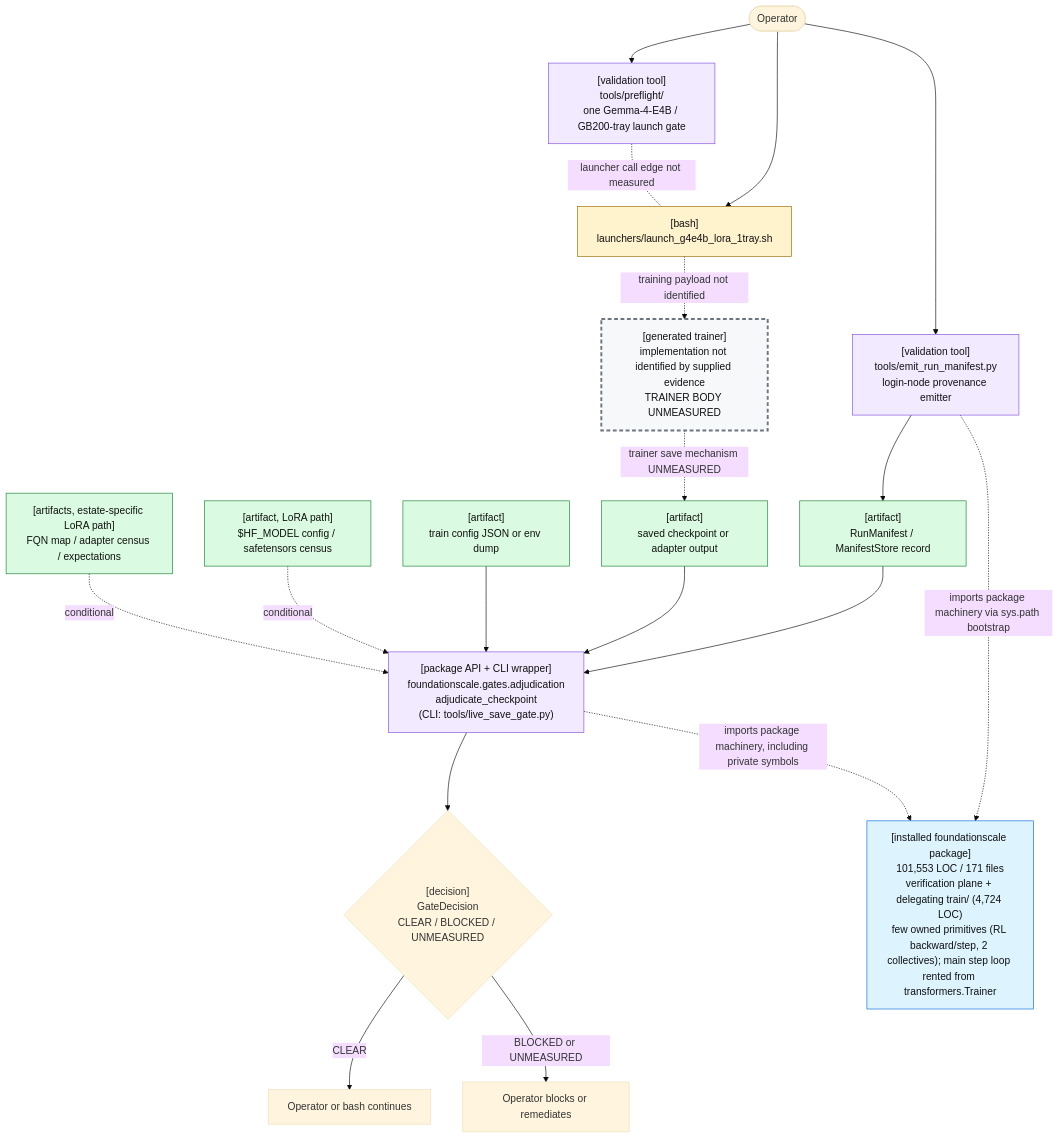
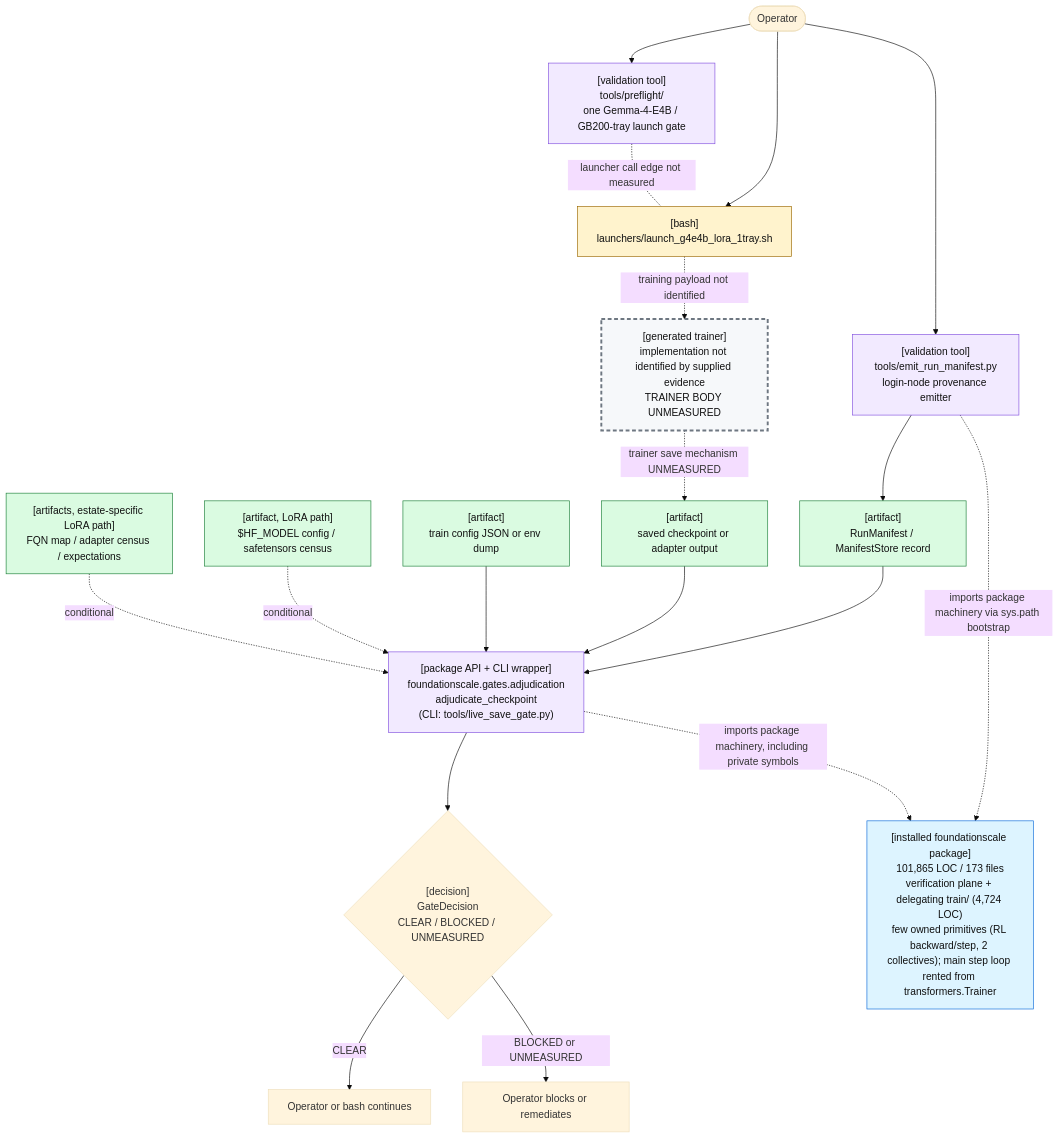
One commit to TranNhiem/FoundationScale changed the first of 2 diagrams in docs/review/D2_current_architecture.md. Above: the diagram before and after it, drawn with Mermaid (base theme). The commit also changed other lines of this file and 10 other files, not shown here.

````diff
--- a/docs/review/D2_current_architecture.md
+++ b/docs/review/D2_current_architecture.md
@@ -25,59 +25,59 @@
 ```mermaid
 flowchart TB
   O(["Operator"])
 
   PF["[validation tool]<br/>tools/preflight/<br/>one Gemma-4-E4B / GB200-tray launch gate"]
   L["[bash]<br/>launchers/launch_g4e4b_lora_1tray.sh"]
 
   E["[validation tool]<br/>tools/emit_run_manifest.py<br/>login-node provenance emitter"]
   M["[artifact]<br/>RunManifest / ManifestStore record"]
 
   T["[generated trainer]<br/>implementation not identified by supplied evidence<br/>TRAINER BODY UNMEASURED"]
   C["[artifact]<br/>saved checkpoint or adapter output"]
 
   G["[package API + CLI wrapper]<br/>foundationscale.gates.adjudication<br/>adjudicate_checkpoint<br/>(CLI: tools/live_save_gate.py)"]
   CFG["[artifact]<br/>train config JSON or env dump"]
   BASE["[artifact, LoRA path]<br/>$HF_MODEL config / safetensors census"]
   CEN["[artifacts, estate-specific LoRA path]<br/>FQN map / adapter census / expectations"]
 
   D{"[decision]<br/>GateDecision<br/>CLEAR / BLOCKED / UNMEASURED"}
   OK["Operator or bash continues"]
   NO["Operator blocks or remediates"]
 
-  PKG["[installed foundationscale package]<br/>101,553 LOC / 171 files<br/>verification plane + delegating train/ (4,724 LOC)<br/>few owned primitives (RL backward/step, 2 collectives); main step loop rented from transformers.Trainer"]
+  PKG["[installed foundationscale package]<br/>101,865 LOC / 173 files<br/>verification plane + delegating train/ (4,724 LOC)<br/>few owned primitives (RL backward/step, 2 collectives); main step loop rented from transformers.Trainer"]
 
   O --> PF
   O --> L
   PF -. "launcher call edge not measured" .- L
 
   O --> E
   E --> M
 
   L -. "training payload not identified" .-> T
   T -. "trainer save mechanism UNMEASURED" .-> C
 
   M --> G
   C --> G
   CFG --> G
   BASE -. "conditional" .-> G
   CEN -. "conditional" .-> G
 
   E -. "imports package machinery via sys.path bootstrap" .-> PKG
   G -. "imports package machinery, including private symbols" .-> PKG
 
   G --> D
   D -->|"CLEAR"| OK
   D -->|"BLOCKED or UNMEASURED"| NO
 
   classDef bash fill:#fff3cd,stroke:#9a6700,color:#111;
   classDef tool fill:#f2eaff,stroke:#8250df,color:#111;
   classDef artifact fill:#dafbe1,stroke:#1a7f37,color:#111;
   classDef gap fill:#f6f8fa,stroke:#6e7781,stroke-width:3px,stroke-dasharray: 6 4,color:#111;
   classDef pkg fill:#ddf4ff,stroke:#0969da,color:#111;
 
   class L bash;
   class PF,E,G tool;
   class M,C,CFG,BASE,CEN artifact;
   class T gap;
   class PKG pkg;
 ```
````
